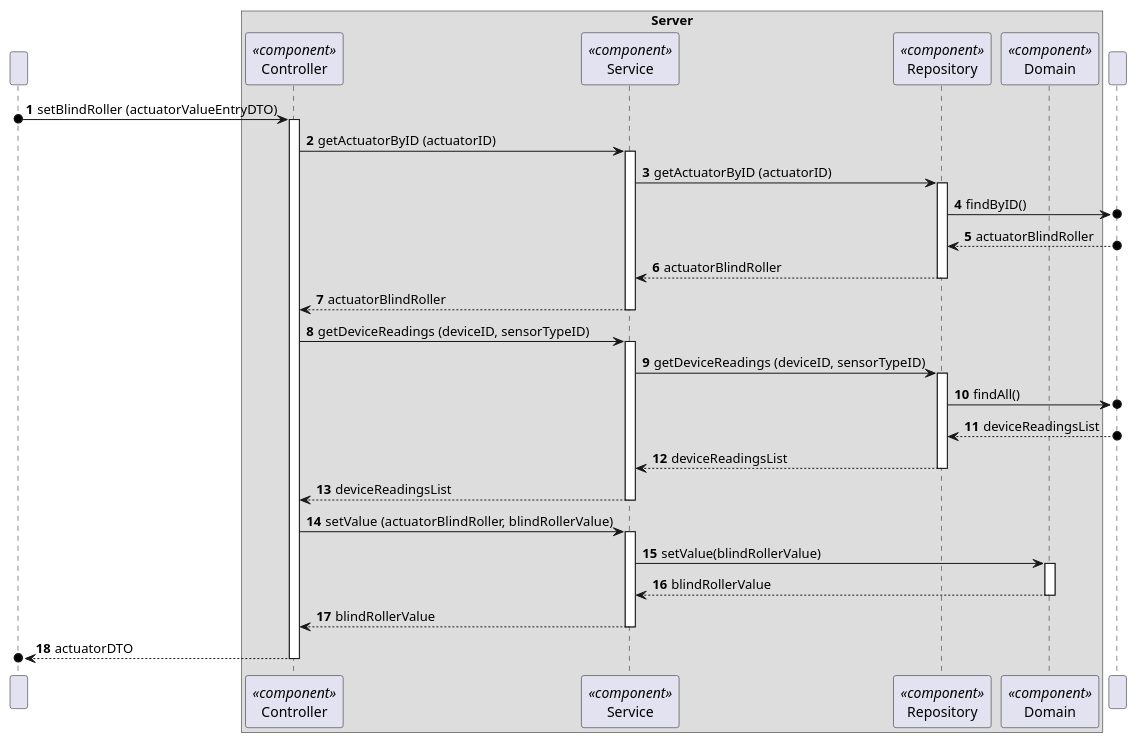
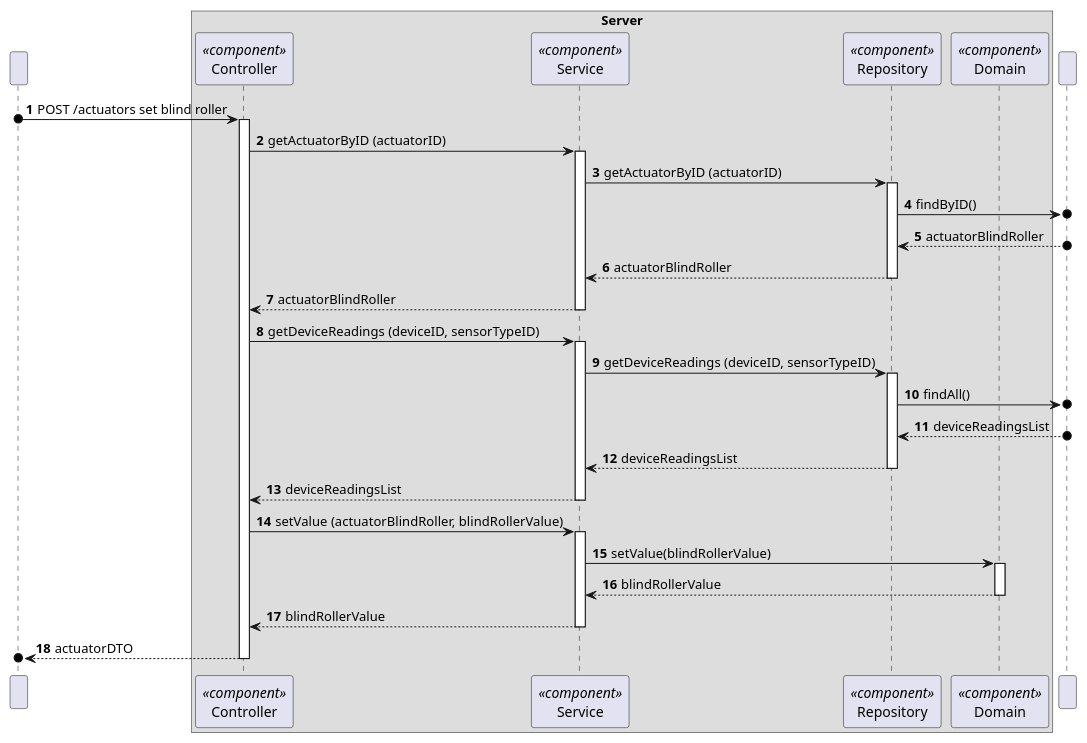
One commit to moutajDev/smarthome changed the diagram in docs/C4_4plus1_models/Level4/ProcessView/ProcessViewLevel4_UC16.puml. Above: the diagram before and after it, drawn with PlantUML. The commit also changed 38 other files, not shown here.

```diff
--- a/docs/C4_4plus1_models/Level4/ProcessView/ProcessViewLevel4_UC16.puml
+++ b/docs/C4_4plus1_models/Level4/ProcessView/ProcessViewLevel4_UC16.puml
@@ -1,71 +1,71 @@
 @startuml
 'https://plantuml.com/sequence-diagram
 !pragma layout smetana
 autonumber
 
 participant " " as HTTP
 
 box "Server"
     participant "Controller" as Controller<<component>>
     participant Service as "Service"<<component>>
     participant Repository as "Repository"<<component>>
     participant Domain as "Domain"<<component>>
 
     end box
 
     participant DataBase as " "
 
 
-HTTP o-> Controller: setBlindRoller (actuatorValueEntryDTO)
+HTTP o-> Controller: POST /actuators set blind roller
 activate Controller
 
 Controller -> Service: getActuatorByID (actuatorID)
 activate Service
 
 Service -> Repository: getActuatorByID (actuatorID)
 activate Repository
 
 Repository ->o DataBase: findByID()
 
 DataBase o--> Repository: actuatorBlindRoller
 
 Repository --> Service: actuatorBlindRoller
 deactivate Repository
 
 Service --> Controller: actuatorBlindRoller
 deactivate Service
 
 Controller -> Service: getDeviceReadings (deviceID, sensorTypeID)
 activate Service
 
 Service -> Repository: getDeviceReadings (deviceID, sensorTypeID)
 activate Repository
 
 Repository ->o DataBase: findAll()
 
 DataBase o--> Repository: deviceReadingsList
 
 Repository --> Service: deviceReadingsList
 deactivate Repository
 
 Service --> Controller: deviceReadingsList
 deactivate Service
 
 Controller -> Service: setValue (actuatorBlindRoller, blindRollerValue)
 activate Service
 
 Service -> Domain: setValue(blindRollerValue)
 activate Domain
 
 Domain --> Service: blindRollerValue
 deactivate Domain
 
 Service --> Controller: blindRollerValue
 deactivate Service
 
 
 Controller -->o HTTP: actuatorDTO
 deactivate Controller
 
 
 @enduml
```
